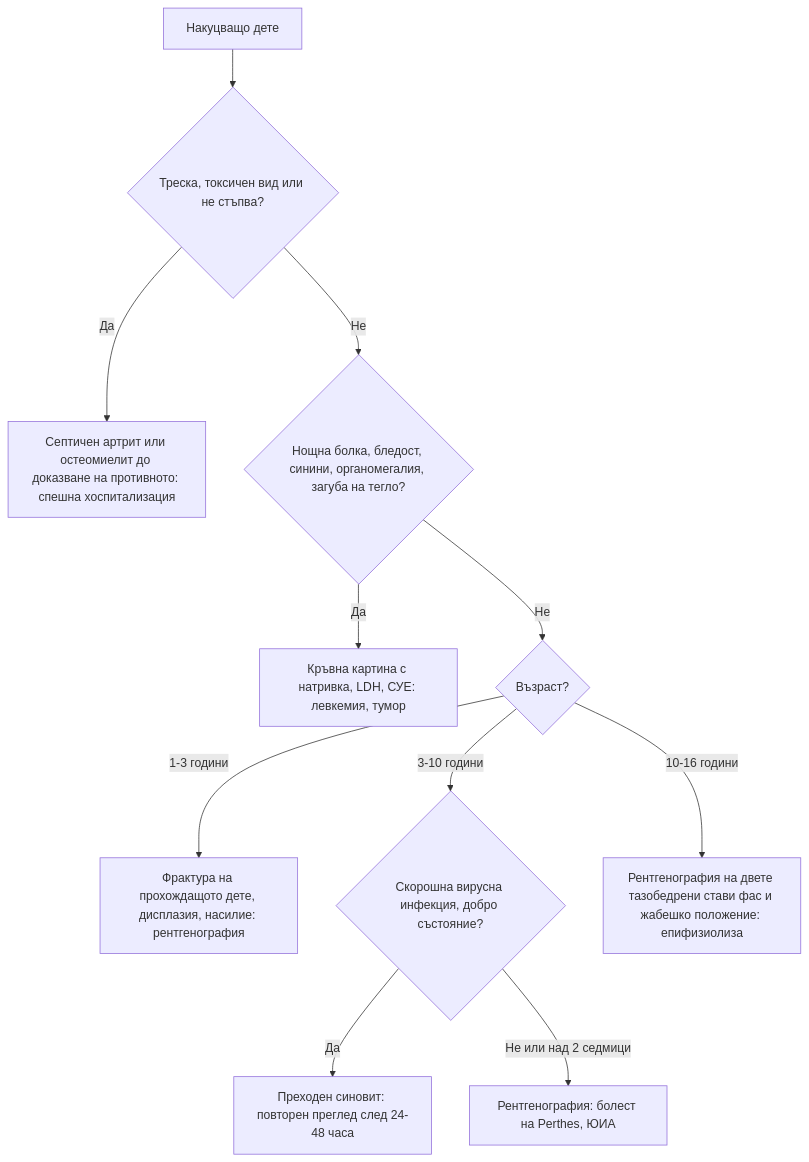
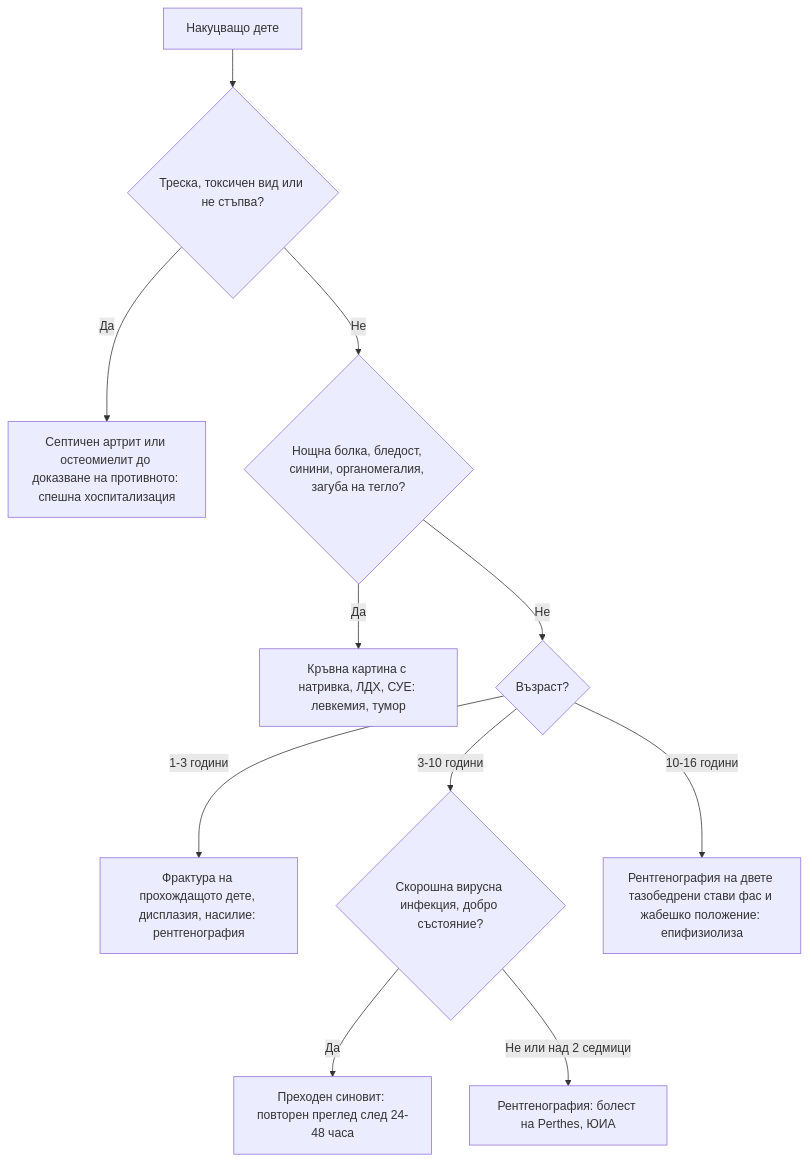
The diagram in glavi/72-nakutsvane.md (yancho26/yancho), drawn with Mermaid before and after one commit. The commit also changed other lines of this file and 5 other files, not shown here.

````diff
--- a/glavi/72-nakutsvane.md
+++ b/glavi/72-nakutsvane.md
@@ -206,13 +206,13 @@
 ```mermaid
 flowchart TD
     A["Накуцващо дете"] --> B{"Треска, токсичен вид или не стъпва?"}
     B -->|Да| C["Септичен артрит или остеомиелит до доказване на противното: спешна хоспитализация"]
     B -->|Не| D{"Нощна болка, бледост, синини, органомегалия, загуба на тегло?"}
-    D -->|Да| E["Кръвна картина с натривка, LDH, СУЕ: левкемия, тумор"]
+    D -->|Да| E["Кръвна картина с натривка, ЛДХ, СУЕ: левкемия, тумор"]
     D -->|Не| F{"Възраст?"}
     F -->|1-3 години| G["Фрактура на прохождащото дете, дисплазия, насилие: рентгенография"]
     F -->|3-10 години| H{"Скорошна вирусна инфекция, добро състояние?"}
     H -->|Да| I["Преходен синовит: повторен преглед след 24-48 часа"]
     H -->|Не или над 2 седмици| J["Рентгенография: болест на Perthes, ЮИА"]
     F -->|10-16 години| K["Рентгенография на двете тазобедрени стави фас и жабешко положение: епифизиолиза"]
 ```
````
